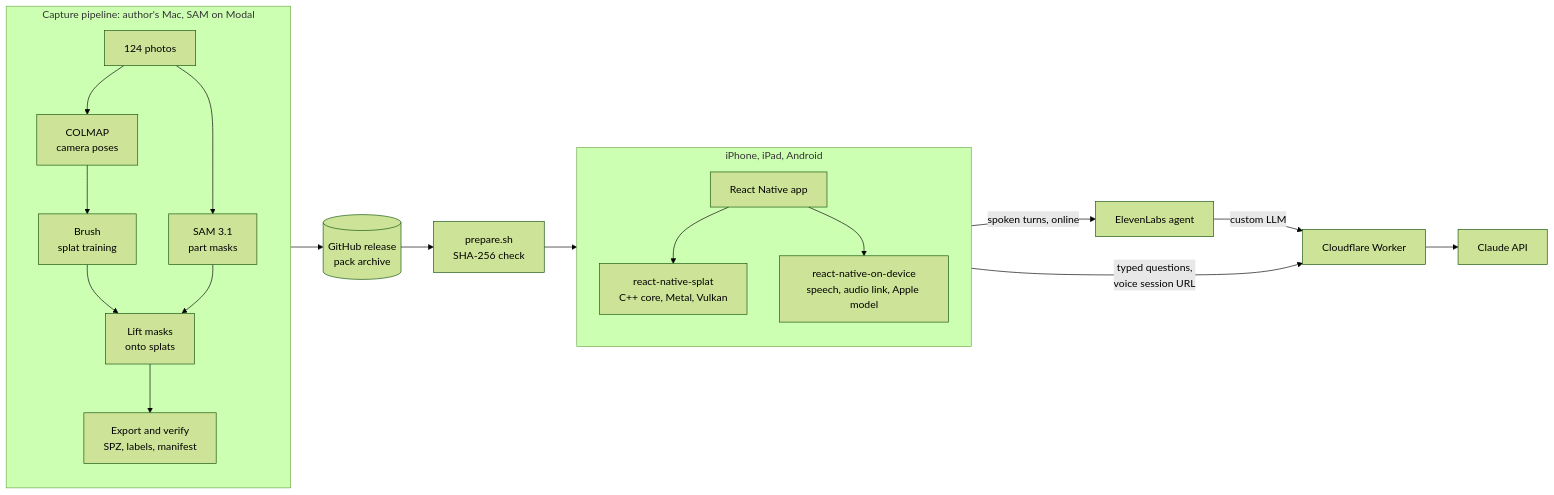
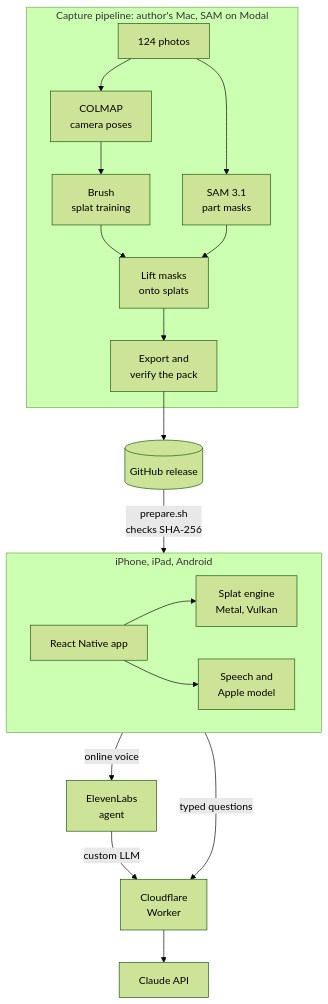
One commit to Xget7/splat-field-guide changed the first of 4 diagrams in README.md. Above: the diagram before and after it, drawn with Mermaid (forest theme). The commit also changed other lines of this file, not shown here.

Commit message:
Draw the README diagrams top to bottom and trim their labels

````diff
--- a/README.md
+++ b/README.md
@@ -12,24 +12,21 @@
 ```mermaid
-flowchart LR
-  subgraph Pipeline["Capture pipeline: author's Mac, SAM on Modal"]
-    direction TB
+flowchart TB
+  subgraph Mac["Capture pipeline: author's Mac, SAM on Modal"]
     photos["124 photos"] --> colmap["COLMAP<br/>camera poses"]
+    photos --> sam["SAM 3.1<br/>part masks"]
     colmap --> brush["Brush<br/>splat training"]
-    photos --> sam["SAM 3.1<br/>part masks"]
     brush --> lift["Lift masks<br/>onto splats"]
     sam --> lift
-    lift --> export["Export and verify<br/>SPZ, labels, manifest"]
+    lift --> export["Export and<br/>verify the pack"]
   end
-  export --> release[("GitHub release<br/>pack archive")]
-  release --> prepare["prepare.sh<br/>SHA-256 check"]
+  export --> release[("GitHub release")]
+  release -->|"prepare.sh<br/>checks SHA-256"| Device
   subgraph Device["iPhone, iPad, Android"]
-    direction TB
-    app["React Native app"] --> splat["react-native-splat<br/>C++ core, Metal, Vulkan"]
-    app --> ondevice["react-native-on-device<br/>speech, audio link, Apple model"]
+    app["React Native app"] --> splat["Splat engine<br/>Metal, Vulkan"]
+    app --> ondevice["Speech and<br/>Apple model"]
   end
-  prepare --> app
-  app -->|"typed questions,<br/>voice session URL"| worker["Cloudflare Worker"]
-  app -->|"spoken turns, online"| agent["ElevenLabs agent"]
+  Device -->|"typed questions"| worker["Cloudflare<br/>Worker"]
+  Device -->|"online voice"| agent["ElevenLabs<br/>agent"]
   agent -->|"custom LLM"| worker
   worker --> claude["Claude API"]
 ```
````
